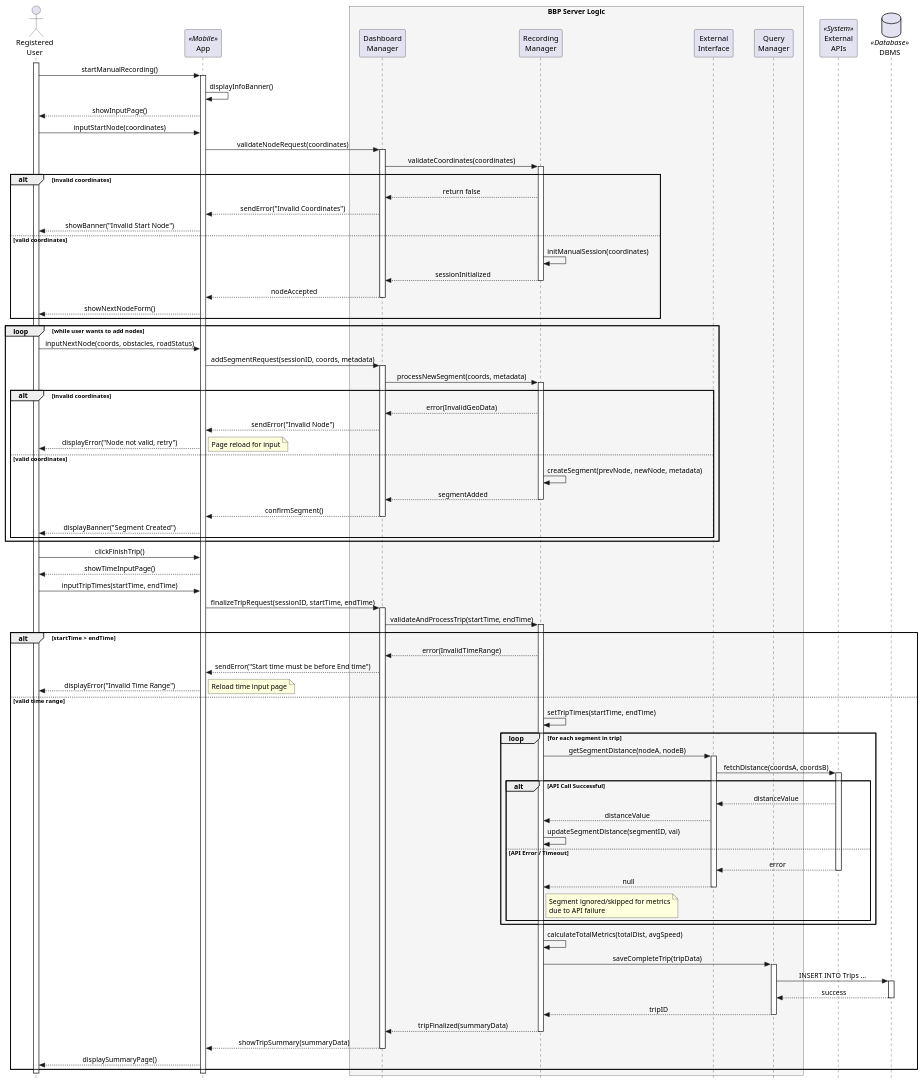
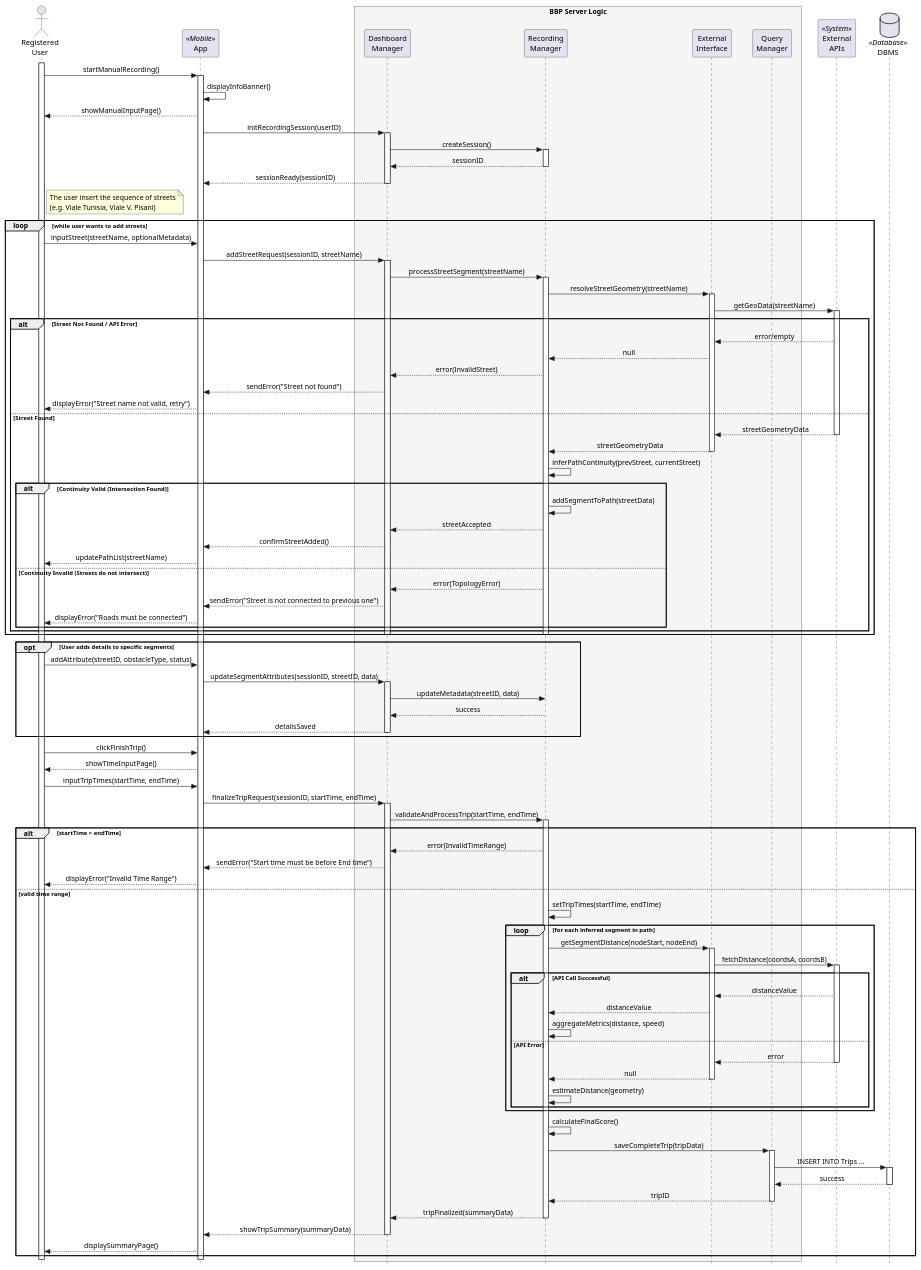
One commit to ABurato26/BuratoCrimellaFaccini changed the diagram in DD/sequence_diagrams/manual.plantuml. Above: the diagram before and after it, drawn with PlantUML. The commit also changed 8 other files, not shown here.

Commit message:
a little change in the diagrams

```diff
--- a/DD/sequence_diagrams/manual.plantuml
+++ b/DD/sequence_diagrams/manual.plantuml
@@ -1,133 +1,154 @@
 @startuml
 skinparam style strictuml
 skinparam sequenceMessageAlign center
 skinparam maxMessageSize 350
 skinparam ParticipantPadding 15
 skinparam BoxPadding 10
 
 actor "Registered\nUser" as user
 participant "App" as app <<Mobile>>
 box "BBP Server Logic" #F5F5F5
     participant "Dashboard\nManager" as dashMan
     participant "Recording\nManager" as recMan
     participant "External\nInterface" as extInt
     participant "Query\nManager" as queryMan
 end box
 participant "External\nAPIs" as extApi <<System>>
 database "DBMS" as db <<Database>>
 
 activate user
 user -> app : startManualRecording()
 activate app
 app -> app : displayInfoBanner()
-app --> user : showInputPage()
+app --> user : showManualInputPage()
 
+' --- INITIALIZATION ---
+app -> dashMan : initRecordingSession(userID)
+activate dashMan
+dashMan -> recMan : createSession()
+activate recMan
+recMan --> dashMan : sessionID
+deactivate recMan
+dashMan --> app : sessionReady(sessionID)
+deactivate dashMan
 
-user -> app : inputStartNode(coordinates)
+' --- LOOP: INSERTION OF STREETS (User Logic) ---
+note right of user: The user insert the sequence of streets\n(e.g. Viale Tunisia, Viale V. Pisani)
 
-app -> dashMan : validateNodeRequest(coordinates)
-activate dashMan
-dashMan -> recMan : validateCoordinates(coordinates)
-activate recMan
+loop while user wants to add streets
+    user -> app : inputStreet(streetName, optionalMetadata)
+    
+    app -> dashMan : addStreetRequest(sessionID, streetName)
+    activate dashMan
+    dashMan -> recMan : processStreetSegment(streetName)
+    activate recMan
 
-alt invalid coordinates
-    recMan --> dashMan : return false
-    dashMan --> app : sendError("Invalid Coordinates")
-    app --> user : showBanner("Invalid Start Node")
-else valid coordinates
-    recMan -> recMan : initManualSession(coordinates)
-    recMan --> dashMan : sessionInitialized
+    ' --- INFERENCE LOGIC: RESOLVE STREET & CONNECTIVITY ---
+    recMan -> extInt : resolveStreetGeometry(streetName)
+    activate extInt
+    extInt -> extApi : getGeoData(streetName)
+    activate extApi
+    
+    alt Street Not Found / API Error
+        extApi --> extInt : error/empty
+        extInt --> recMan : null
+        recMan --> dashMan : error(InvalidStreet)
+        dashMan --> app : sendError("Street not found")
+        app --> user : displayError("Street name not valid, retry")
+    else Street Found
+        extApi --> extInt : streetGeometryData
+        deactivate extApi
+        extInt --> recMan : streetGeometryData
+        deactivate extInt
+        
+        ' Il sistema inferisce la connessione con la strada precedente
+        recMan -> recMan : inferPathContinuity(prevStreet, currentStreet)
+        
+        alt Continuity Valid (Intersection Found)
+            recMan -> recMan : addSegmentToPath(streetData)
+            recMan --> dashMan : streetAccepted
+            dashMan --> app : confirmStreetAdded()
+            app --> user : updatePathList(streetName)
+        else Continuity Invalid (Streets do not intersect)
+             recMan --> dashMan : error(TopologyError)
+             dashMan --> app : sendError("Street is not connected to previous one")
+             app --> user : displayError("Roads must be connected")
+        end
+    end
     deactivate recMan
-    dashMan --> app : nodeAccepted
     deactivate dashMan
-    app --> user : showNextNodeForm()
 end
 
-
-loop while user wants to add nodes
-    user -> app : inputNextNode(coords, obstacles, roadStatus)
-    
-    app -> dashMan : addSegmentRequest(sessionID, coords, metadata)
+' --- OPTIONAL: ADD ATTRIBUTES (Potholes/Status) ---
+opt User adds details to specific segments
+    user -> app : addAttribute(streetID, obstacleType, status)
+    app -> dashMan : updateSegmentAttributes(sessionID, streetID, data)
     activate dashMan
-    dashMan -> recMan : processNewSegment(coords, metadata)
-    activate recMan
-
-    alt invalid coordinates
-        recMan --> dashMan : error(InvalidGeoData)
-        dashMan --> app : sendError("Invalid Node")
-        app --> user : displayError("Node not valid, retry")
-        note right: Page reload for input
-    else valid coordinates
-        recMan -> recMan : createSegment(prevNode, newNode, metadata)
-        recMan --> dashMan : segmentAdded
-        deactivate recMan
-        dashMan --> app : confirmSegment()
-        deactivate dashMan
-        app --> user : displayBanner("Segment Created")
-    end
+    dashMan -> recMan : updateMetadata(streetID, data)
+    recMan --> dashMan : success
+    dashMan --> app : detailsSaved
+    deactivate dashMan
 end
 
-
+' --- FINALIZATION ---
 user -> app : clickFinishTrip()
 app --> user : showTimeInputPage()
-
 user -> app : inputTripTimes(startTime, endTime)
 
 app -> dashMan : finalizeTripRequest(sessionID, startTime, endTime)
 activate dashMan
 dashMan -> recMan : validateAndProcessTrip(startTime, endTime)
 activate recMan
 
 alt startTime > endTime
     recMan --> dashMan : error(InvalidTimeRange)
     dashMan --> app : sendError("Start time must be before End time")
     app --> user : displayError("Invalid Time Range")
-    note right: Reload time input page
 else valid time range
     recMan -> recMan : setTripTimes(startTime, endTime)
     
-    ' --- LOOP 2: ENRICHMENT WITH EXTERNAL APIs ---
-    loop for each segment in trip
-        recMan -> extInt : getSegmentDistance(nodeA, nodeB)
+    ' --- LOOP 2: STATISTICS CALCULATION (System Inference) ---
+    '
+    loop for each inferred segment in path
+        recMan -> extInt : getSegmentDistance(nodeStart, nodeEnd)
         activate extInt
         extInt -> extApi : fetchDistance(coordsA, coordsB)
         activate extApi
         
         alt API Call Successful
             extApi --> extInt : distanceValue
             extInt --> recMan : distanceValue
-            recMan -> recMan : updateSegmentDistance(segmentID, val)
-        else API Error / Timeout
+            recMan -> recMan : aggregateMetrics(distance, speed)
+        else API Error
             extApi --> extInt : error
             deactivate extApi
             extInt --> recMan : null
             deactivate extInt
-            note right of recMan : Segment ignored/skipped for metrics\ndue to API failure
+            recMan -> recMan : estimateDistance(geometry)
         end
     end
 
-
-    recMan -> recMan : calculateTotalMetrics(totalDist, avgSpeed)
+    recMan -> recMan : calculateFinalScore()
     
     ' Persist Trip
     recMan -> queryMan : saveCompleteTrip(tripData)
     activate queryMan
     queryMan -> db : INSERT INTO Trips ...
     activate db
     db --> queryMan : success
     deactivate db
     queryMan --> recMan : tripID
     deactivate queryMan
 
     recMan --> dashMan : tripFinalized(summaryData)
     deactivate recMan
 
     dashMan --> app : showTripSummary(summaryData)
     deactivate dashMan
     
     app --> user : displaySummaryPage()
 end
 
 deactivate app
 deactivate user
 @enduml
```
